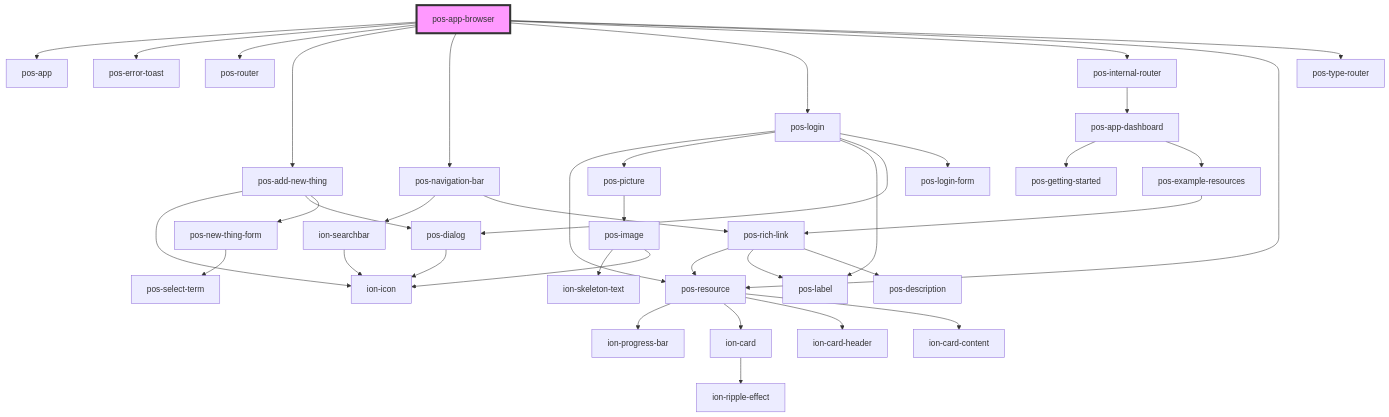
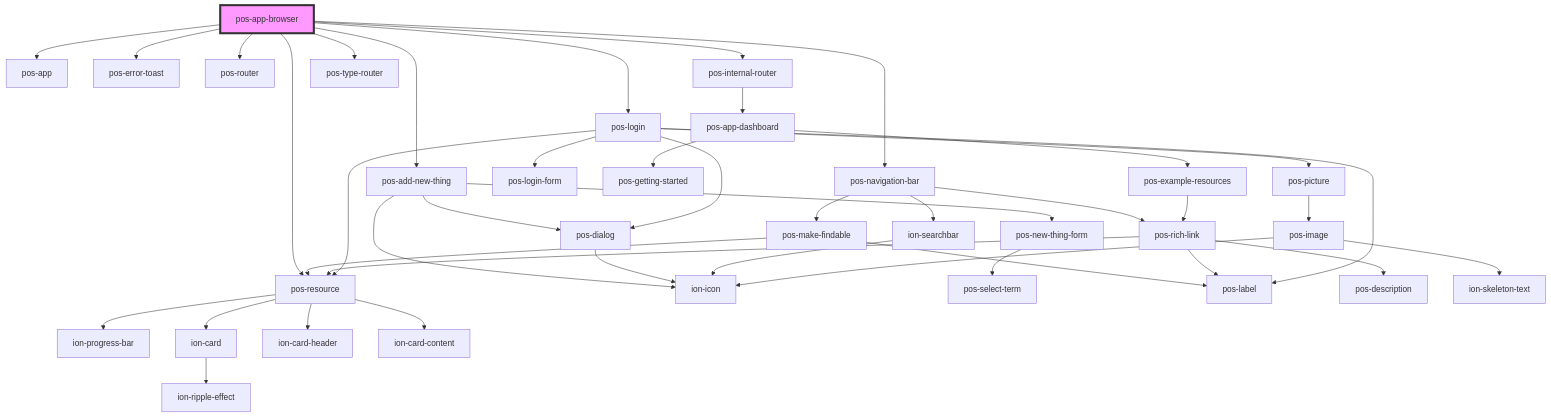
One commit to pod-os/PodOS changed the diagram in docs/elements/apps/pos-app-browser/readme.md. Above: the diagram before and after it, drawn with Mermaid. The commit also changed 5 other files, not shown here.

````diff
--- a/docs/elements/apps/pos-app-browser/readme.md
+++ b/docs/elements/apps/pos-app-browser/readme.md
@@ -31,41 +31,44 @@
 ```mermaid
 graph TD;
   pos-app-browser --> pos-app
   pos-app-browser --> pos-error-toast
   pos-app-browser --> pos-router
   pos-app-browser --> pos-add-new-thing
   pos-app-browser --> pos-navigation-bar
   pos-app-browser --> pos-login
   pos-app-browser --> pos-internal-router
   pos-app-browser --> pos-resource
   pos-app-browser --> pos-type-router
   pos-add-new-thing --> ion-icon
   pos-add-new-thing --> pos-dialog
   pos-add-new-thing --> pos-new-thing-form
   pos-dialog --> ion-icon
   pos-new-thing-form --> pos-select-term
+  pos-navigation-bar --> pos-make-findable
   pos-navigation-bar --> ion-searchbar
   pos-navigation-bar --> pos-rich-link
-  ion-searchbar --> ion-icon
-  pos-rich-link --> pos-resource
-  pos-rich-link --> pos-label
-  pos-rich-link --> pos-description
+  pos-make-findable --> pos-resource
+  pos-make-findable --> pos-label
   pos-resource --> ion-progress-bar
   pos-resource --> ion-card
   pos-resource --> ion-card-header
   pos-resource --> ion-card-content
   ion-card --> ion-ripple-effect
+  ion-searchbar --> ion-icon
+  pos-rich-link --> pos-resource
+  pos-rich-link --> pos-label
+  pos-rich-link --> pos-description
   pos-login --> pos-resource
   pos-login --> pos-picture
   pos-login --> pos-label
   pos-login --> pos-dialog
   pos-login --> pos-login-form
   pos-picture --> pos-image
   pos-image --> ion-skeleton-text
   pos-image --> ion-icon
   pos-internal-router --> pos-app-dashboard
   pos-app-dashboard --> pos-getting-started
   pos-app-dashboard --> pos-example-resources
   pos-example-resources --> pos-rich-link
   style pos-app-browser fill:#f9f,stroke:#333,stroke-width:4px
 ```
````
